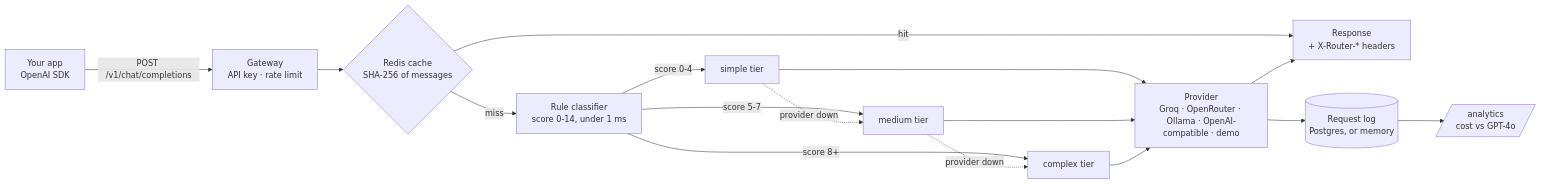
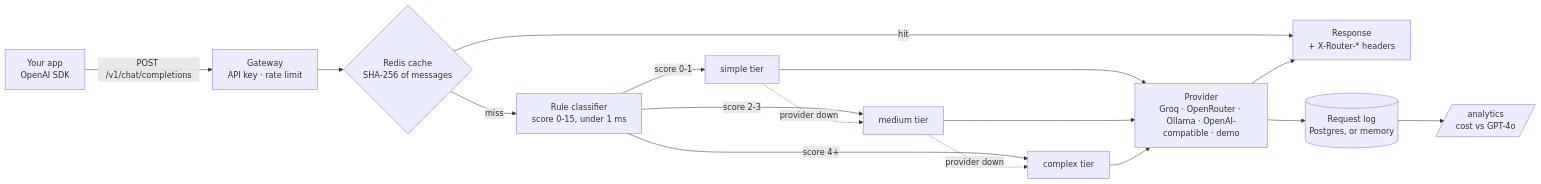
The diagram in README.md (Nityaa08/smart-router), drawn with Mermaid before and after one commit. The commit also changed other lines of this file and 5 other files, not shown here.

````diff
--- a/README.md
+++ b/README.md
@@ -21,16 +21,16 @@
 ```mermaid
 flowchart LR
     App[Your app<br/>OpenAI SDK] -->|POST /v1/chat/completions| GW[Gateway<br/>API key · rate limit]
     GW --> C{Redis cache<br/>SHA-256 of messages}
     C -->|hit| Resp[Response<br/>+ X-Router-* headers]
-    C -->|miss| CL[Rule classifier<br/>score 0-14, under 1 ms]
-    CL -->|score 0-4| S[simple tier]
-    CL -->|score 5-7| M[medium tier]
-    CL -->|score 8+| X[complex tier]
+    C -->|miss| CL[Rule classifier<br/>score 0-15, under 1 ms]
+    CL -->|score 0-1| S[simple tier]
+    CL -->|score 2-3| M[medium tier]
+    CL -->|score 4+| X[complex tier]
     S -. provider down .-> M
     M -. provider down .-> X
     S & M & X --> P[Provider<br/>Groq · OpenRouter · Ollama · OpenAI-compatible · demo]
     P --> Resp
     P --> L[(Request log<br/>Postgres, or memory)]
     L --> A[/analytics<br/>cost vs GPT-4o/]
 ```
````
